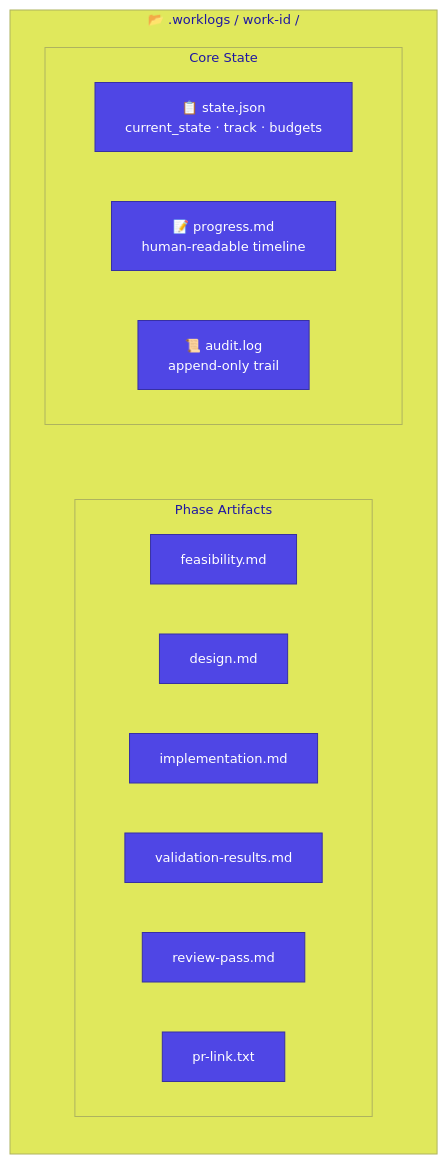
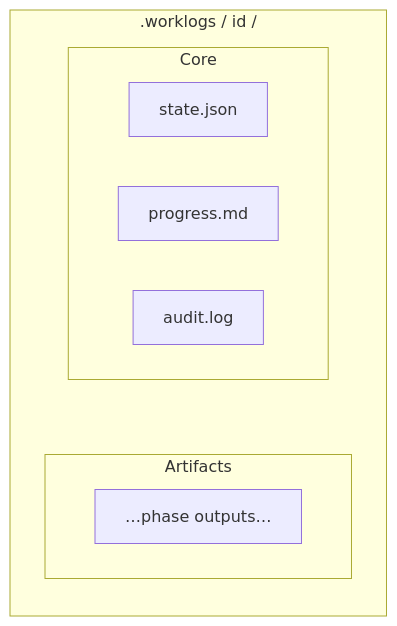
The second of 2 diagrams in README.md (surajSFDC/agentic-swe), drawn with Mermaid before and after one commit. The commit also changed other lines of this file and 4 other files, not shown here.

````diff
--- a/README.md
+++ b/README.md
@@ -202,27 +136,16 @@
 ```mermaid
-%%{init: {'theme': 'base', 'themeVariables': { 'primaryColor': '#4f46e5', 'primaryTextColor': '#ffffff', 'primaryBorderColor': '#3730a3', 'secondaryColor': '#ede9fe', 'lineColor': '#6366f1', 'textColor': '#1e293b', 'fontSize': '13px' }}}%%
-
 flowchart LR
-    subgraph worklogsDir ["📂 .worklogs / work-id /"]
+    subgraph wl[".worklogs / id /"]
         direction TB
-
-        subgraph coreState ["Core State"]
+        subgraph core["Core"]
+            s["state.json"]
+            p["progress.md"]
+            a["audit.log"]
+        end
+        subgraph art["Artifacts"]
             direction LR
-            sj["📋 state.json<br/>current_state · track · budgets"]
-            pm["📝 progress.md<br/>human-readable timeline"]
-            al["📜 audit.log<br/>append-only trail"]
+            x["…phase outputs…"]
         end
-
-        subgraph artifacts ["Phase Artifacts"]
-            direction LR
-            f["feasibility.md"]
-            d["design.md"]
-            i["implementation.md"]
-            v["validation-results.md"]
-            r["review-pass.md"]
-            p["pr-link.txt"]
-        end
-
-        coreState ~~~ artifacts
+        core ~~~ art
     end
 ```
````
